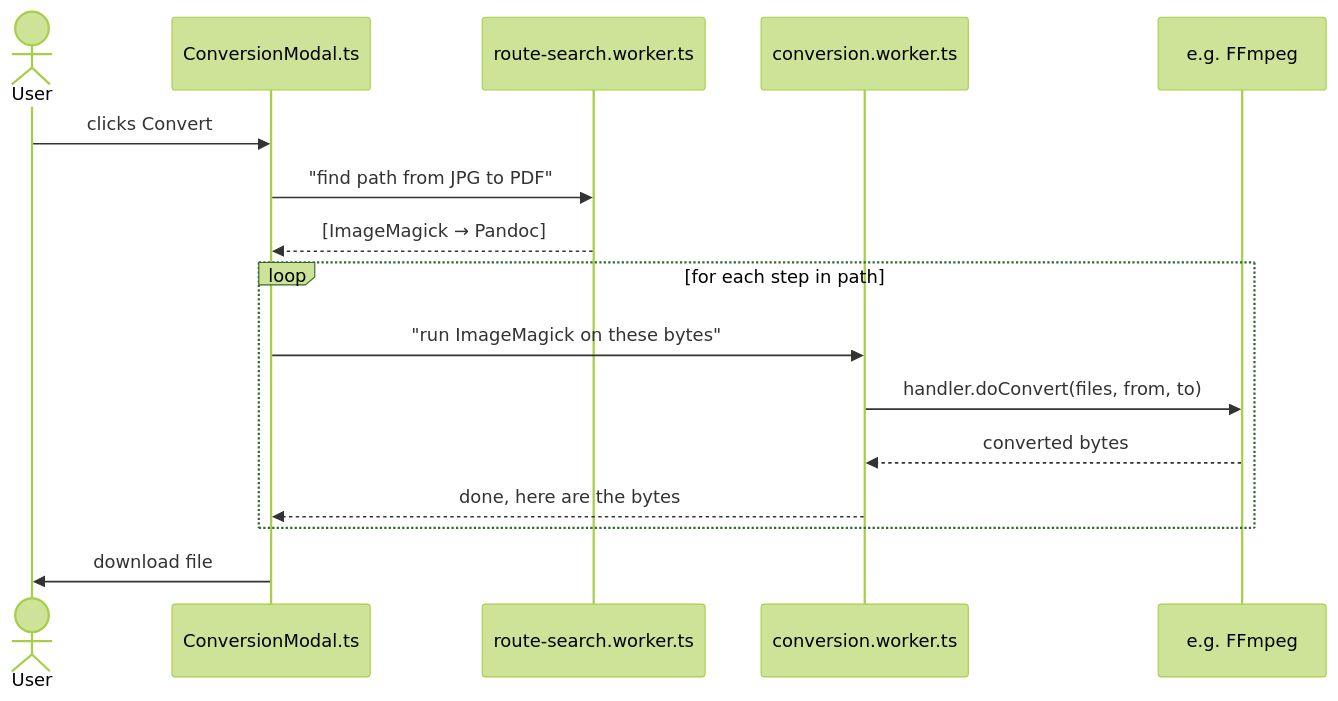
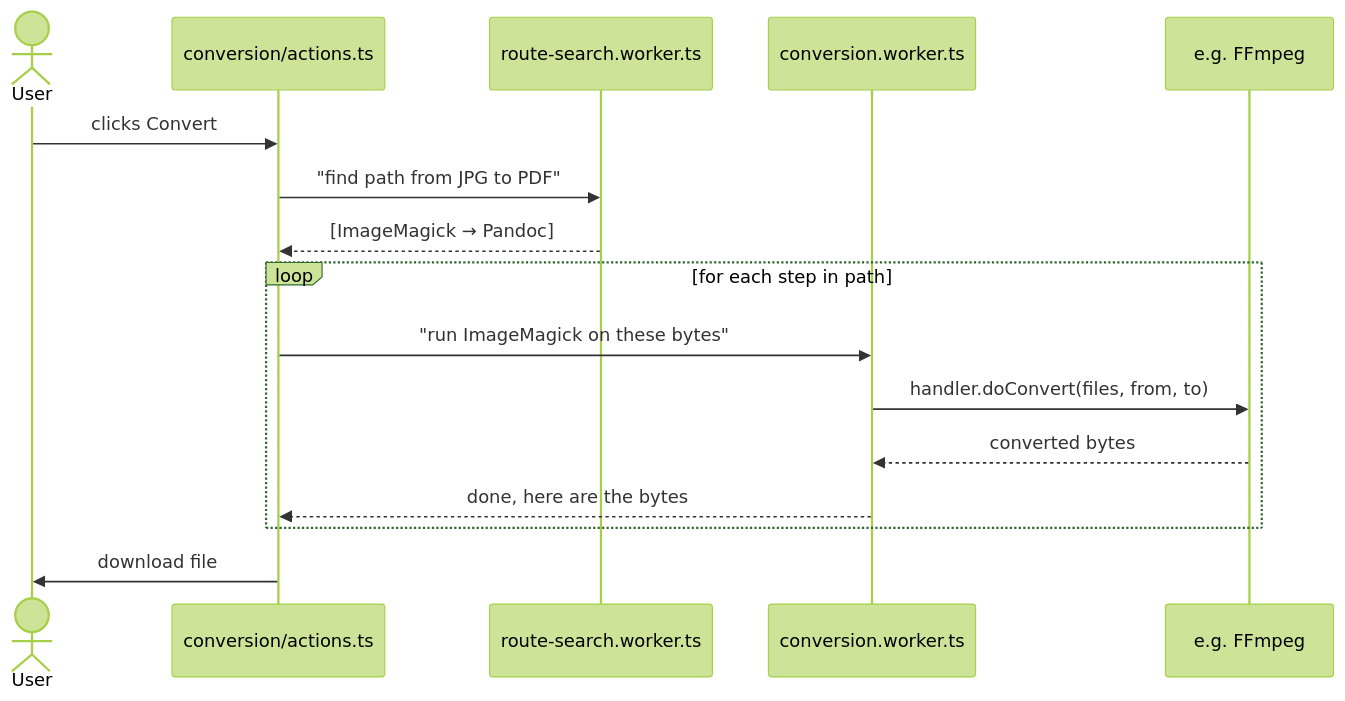
Before and after one commit to ogfrench/frogConvert: the sixth of 7 diagrams in docs/ARCHITECTURE.md, drawn with Mermaid (forest theme). The commit also changed other lines of this file and 38 other files, not shown here.

````diff
--- a/docs/ARCHITECTURE.md
+++ b/docs/ARCHITECTURE.md
@@ -210,19 +210,19 @@
 ```mermaid
 sequenceDiagram
     actor User
-    participant UI as ConversionModal.ts
+    participant UI as conversion/actions.ts
     participant Worker as route-search.worker.ts
     participant CW as conversion.worker.ts
     participant Handler as e.g. FFmpeg
 
     User->>UI: clicks Convert
     UI->>Worker: "find path from JPG to PDF"
     Worker-->>UI: [ImageMagick → Pandoc]
     loop for each step in path
         UI->>CW: "run ImageMagick on these bytes"
         CW->>Handler: handler.doConvert(files, from, to)
         Handler-->>CW: converted bytes
         CW-->>UI: done, here are the bytes
     end
     UI->>User: download file
 ```
````
